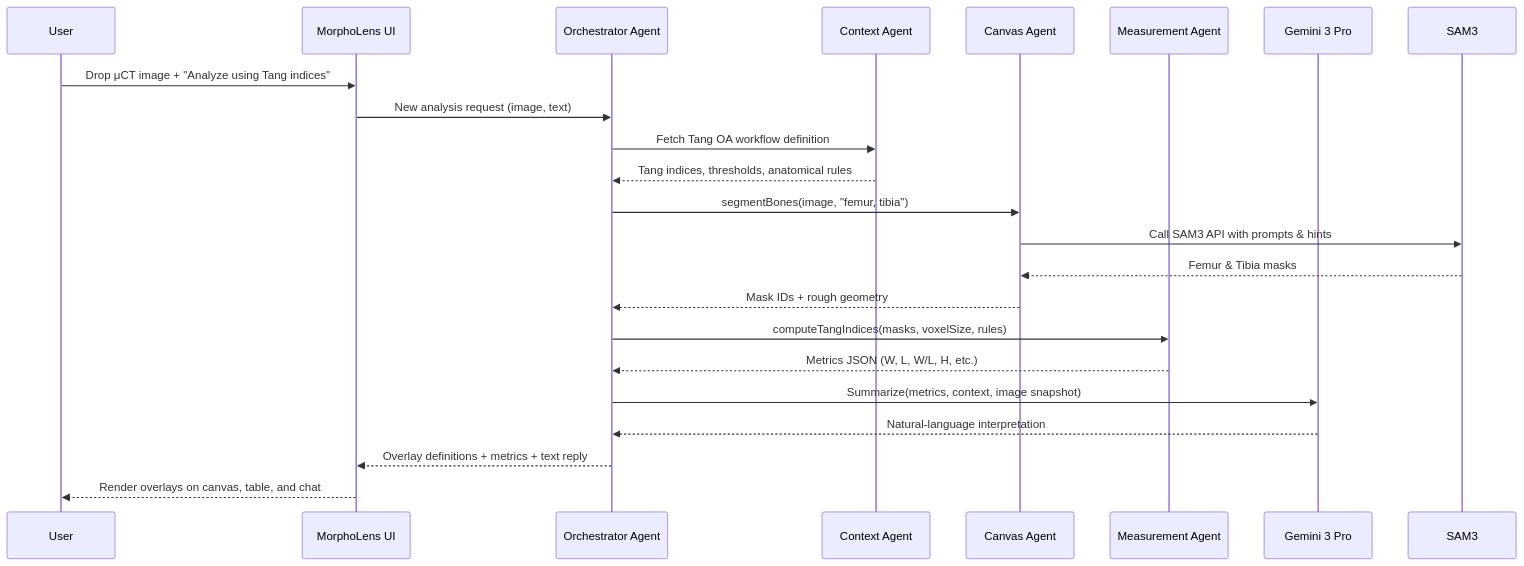
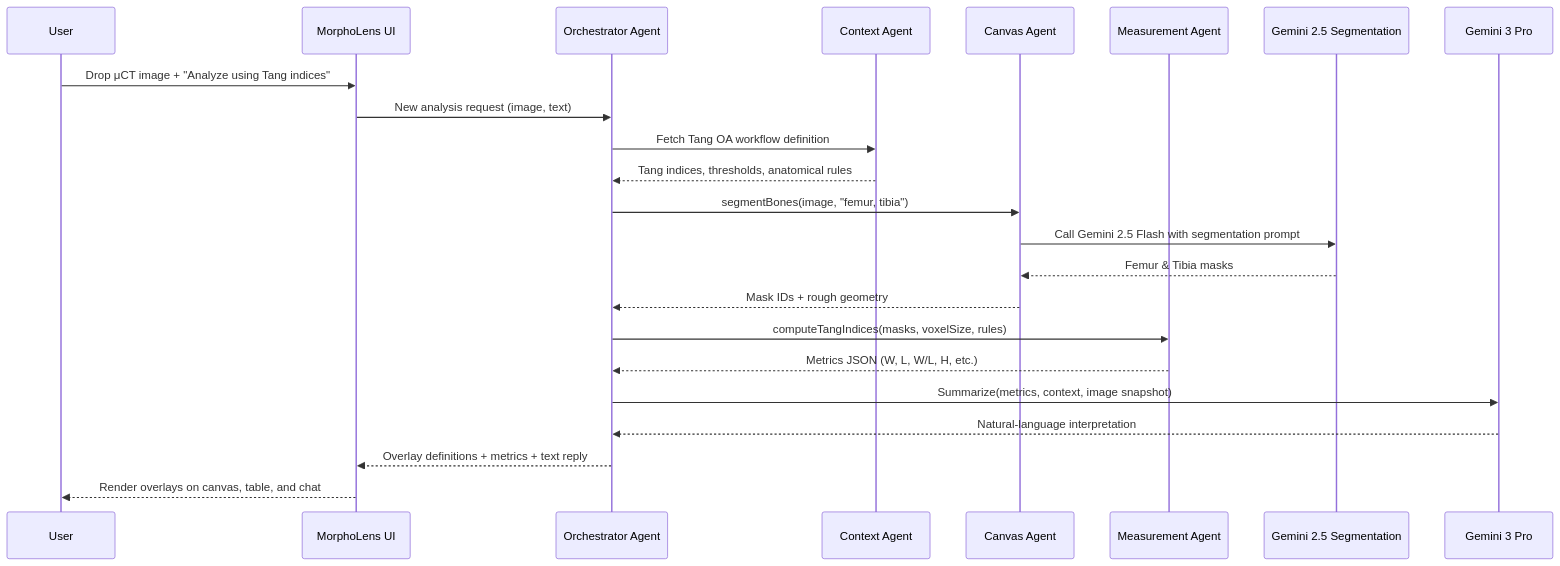
Before and after one commit to haowjy/morphiclens: the third of 6 diagrams in _docs/technical/UX-user-flow.md, drawn with Mermaid. The commit also changed other lines of this file and 5 other files, not shown here.

````diff
--- a/_docs/technical/UX-user-flow.md
+++ b/_docs/technical/UX-user-flow.md
@@ -234,30 +230,31 @@
 ```mermaid
 sequenceDiagram
     participant U as User
     participant UI as MorphoLens UI
     participant OA as Orchestrator Agent
     participant Ctx as Context Agent
     participant Canvas as Canvas Agent
     participant Meas as Measurement Agent
+    participant Seg as Gemini 2.5 Segmentation
     participant LLM as Gemini 3 Pro
 
     U->>UI: Drop μCT image + "Analyze using Tang indices"
     UI->>OA: New analysis request (image, text)
 
     OA->>Ctx: Fetch Tang OA workflow definition
     Ctx-->>OA: Tang indices, thresholds, anatomical rules
 
     OA->>Canvas: segmentBones(image, "femur, tibia")
-    Canvas->>SAM3: Call SAM3 API with prompts & hints
-    SAM3-->>Canvas: Femur & Tibia masks
+    Canvas->>Seg: Call Gemini 2.5 Flash with segmentation prompt
+    Seg-->>Canvas: Femur & Tibia masks
     Canvas-->>OA: Mask IDs + rough geometry
 
     OA->>Meas: computeTangIndices(masks, voxelSize, rules)
     Meas-->>OA: Metrics JSON (W, L, W/L, H, etc.)
 
     OA->>LLM: Summarize(metrics, context, image snapshot)
     LLM-->>OA: Natural-language interpretation
 
     OA-->>UI: Overlay definitions + metrics + text reply
     UI-->>U: Render overlays on canvas, table, and chat
 ```
````
